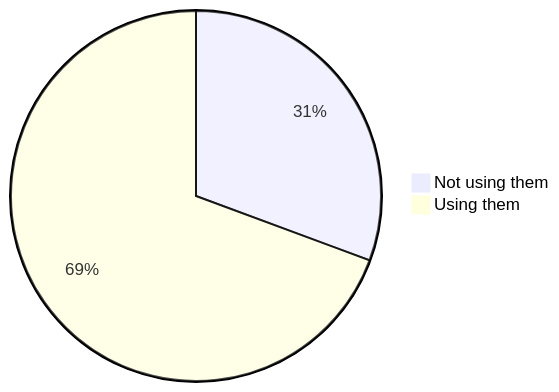
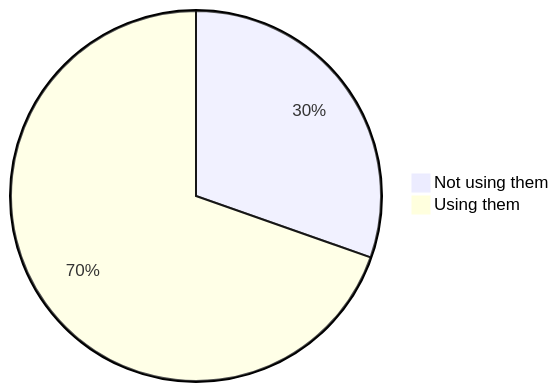
One commit to oshp/oshp-stats changed the first of 22 diagrams in stats.md. Above: the diagram before and after it, drawn with Mermaid. The commit also changed other lines of this file, not shown here.

````diff
--- a/stats.md
+++ b/stats.md
@@ -10,6 +10,6 @@
 ```mermaid
 pie
-	"Not using them" : 30.65
-	"Using them" : 69.35
+	"Not using them" : 30.38
+	"Using them" : 69.62
 
 ```
````
